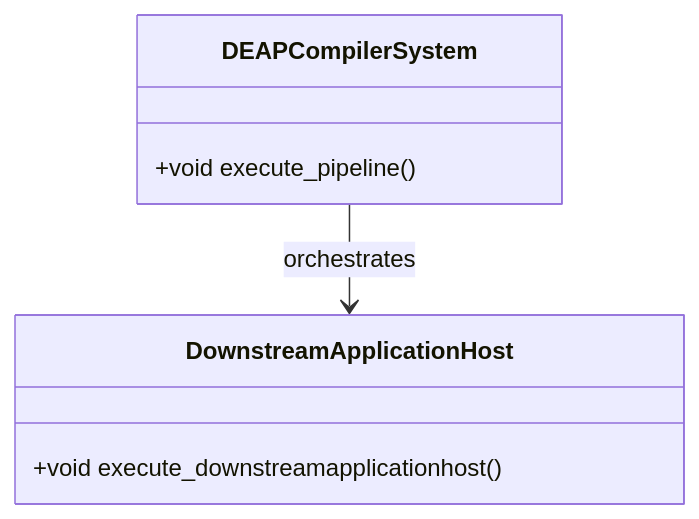
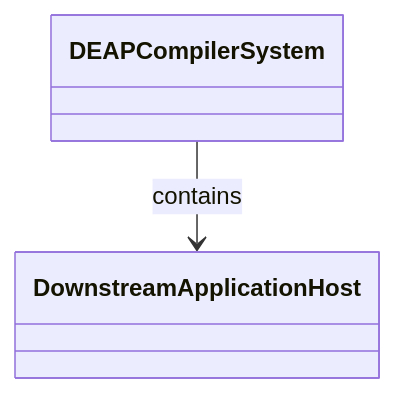
The diagram in docs/features/FEAT-04-DownstreamApplicationHost.md (gintatkinson/dumpiler-01), drawn with Mermaid before and after one commit. The commit also changed other lines of this file and 101 other files, not shown here.

````diff
--- a/docs/features/FEAT-04-DownstreamApplicationHost.md
+++ b/docs/features/FEAT-04-DownstreamApplicationHost.md
@@ -25,10 +29,6 @@
 ```mermaid
 classDiagram
-    class DEAPCompilerSystem {
-        +void execute_pipeline()
-    }
-    class DownstreamApplicationHost {
-        +void execute_downstreamapplicationhost()
-    }
-    DEAPCompilerSystem --> DownstreamApplicationHost : orchestrates
+    class DEAPCompilerSystem
+    class DownstreamApplicationHost
+    DEAPCompilerSystem --> DownstreamApplicationHost : contains
 ```
````
